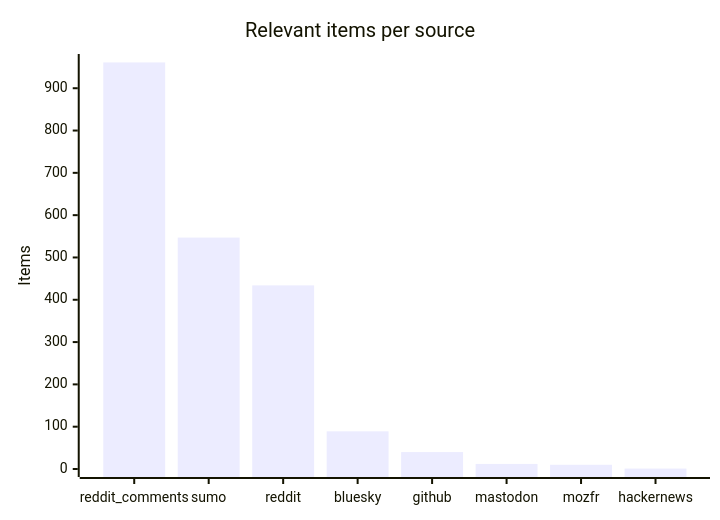
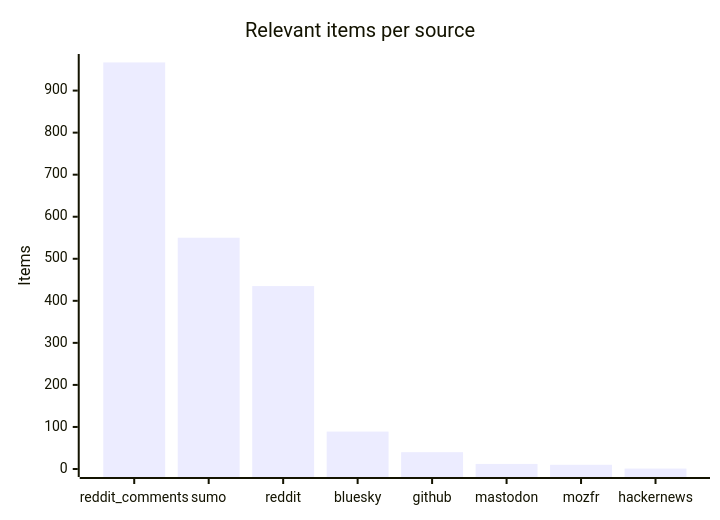
One commit to martinbalfanz/social-scanner-reports changed the third of 4 diagrams in README.md. Above: the diagram before and after it, drawn with Mermaid. The commit also changed other lines of this file and 4 other files, not shown here.

````diff
--- a/README.md
+++ b/README.md
@@ -48,7 +48,7 @@
 ```mermaid
 xychart-beta
     title "Relevant items per source"
     x-axis ["reddit_comments", "sumo", "reddit", "bluesky", "github", "mastodon", "mozfr", "hackernews"]
-    y-axis "Items" 0 --> 962
-    bar [961, 547, 434, 89, 40, 12, 10, 1]
+    y-axis "Items" 0 --> 968
+    bar [967, 550, 435, 89, 40, 12, 10, 1]
 ```
````
